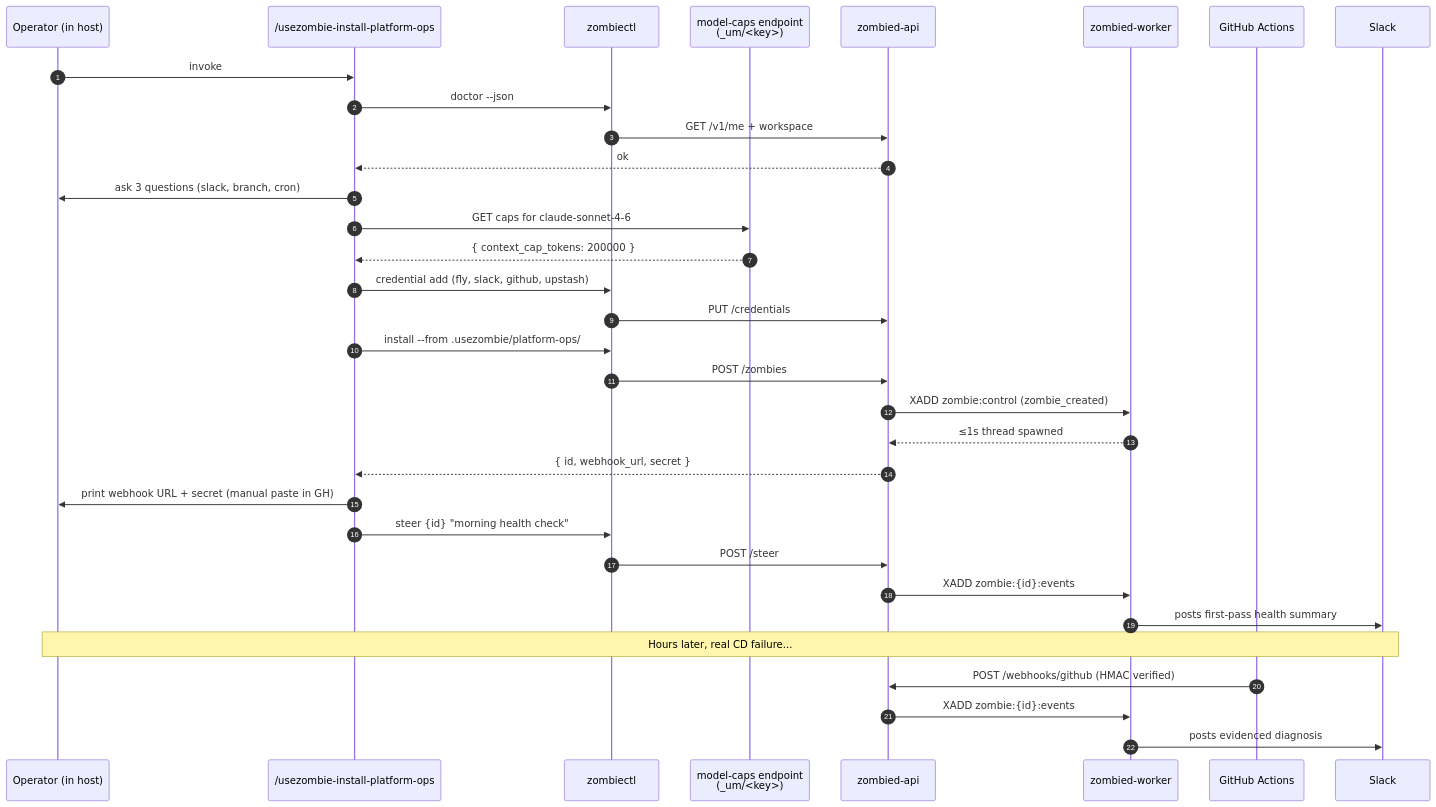
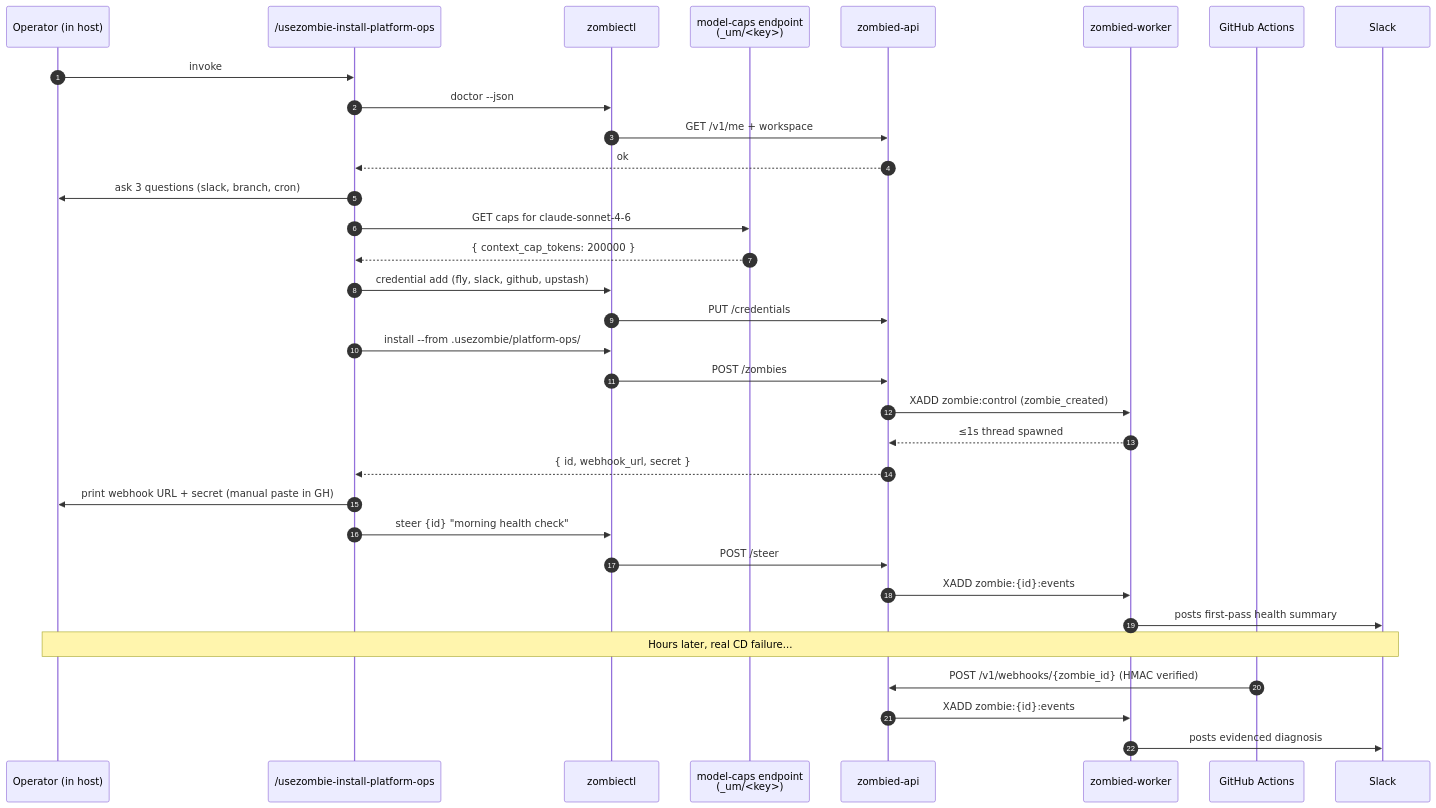
Before and after one commit to usezombie/usezombie: the diagram in docs/architecture/scenarios/01_default_free_tier.md, drawn with Mermaid. The commit also changed other lines of this file and 12 other files, not shown here.

Commit message:
docs(m57): reconcile architecture contracts

````diff
--- a/docs/architecture/scenarios/01_default_free_tier.md
+++ b/docs/architecture/scenarios/01_default_free_tier.md
@@ -9,36 +9,36 @@
 ```mermaid
 sequenceDiagram
     autonumber
     participant Op as Operator (in host)
     participant Skill as /usezombie-install-platform-ops
     participant CLI as zombiectl
     participant CapAPI as model-caps endpoint<br/>(_um/<key>)
     participant API as zombied-api
     participant Worker as zombied-worker
     participant GH as GitHub Actions
     participant Slack
 
     Op->>Skill: invoke
     Skill->>CLI: doctor --json
     CLI->>API: GET /v1/me + workspace
     API-->>Skill: ok
     Skill->>Op: ask 3 questions (slack, branch, cron)
     Skill->>CapAPI: GET caps for claude-sonnet-4-6
     CapAPI-->>Skill: { context_cap_tokens: 200000 }
     Skill->>CLI: credential add (fly, slack, github, upstash)
     CLI->>API: PUT /credentials
     Skill->>CLI: install --from .usezombie/platform-ops/
     CLI->>API: POST /zombies
     API->>Worker: XADD zombie:control (zombie_created)
     Worker-->>API: ≤1s thread spawned
     API-->>Skill: { id, webhook_url, secret }
     Skill->>Op: print webhook URL + secret (manual paste in GH)
     Skill->>CLI: steer {id} "morning health check"
     CLI->>API: POST /steer
     API->>Worker: XADD zombie:{id}:events
     Worker->>Slack: posts first-pass health summary
     Note over Op,Slack: Hours later, real CD failure...
-    GH->>API: POST /webhooks/github (HMAC verified)
+    GH->>API: POST /v1/webhooks/{zombie_id} (HMAC verified)
     API->>Worker: XADD zombie:{id}:events
     Worker->>Slack: posts evidenced diagnosis
 ```
````
